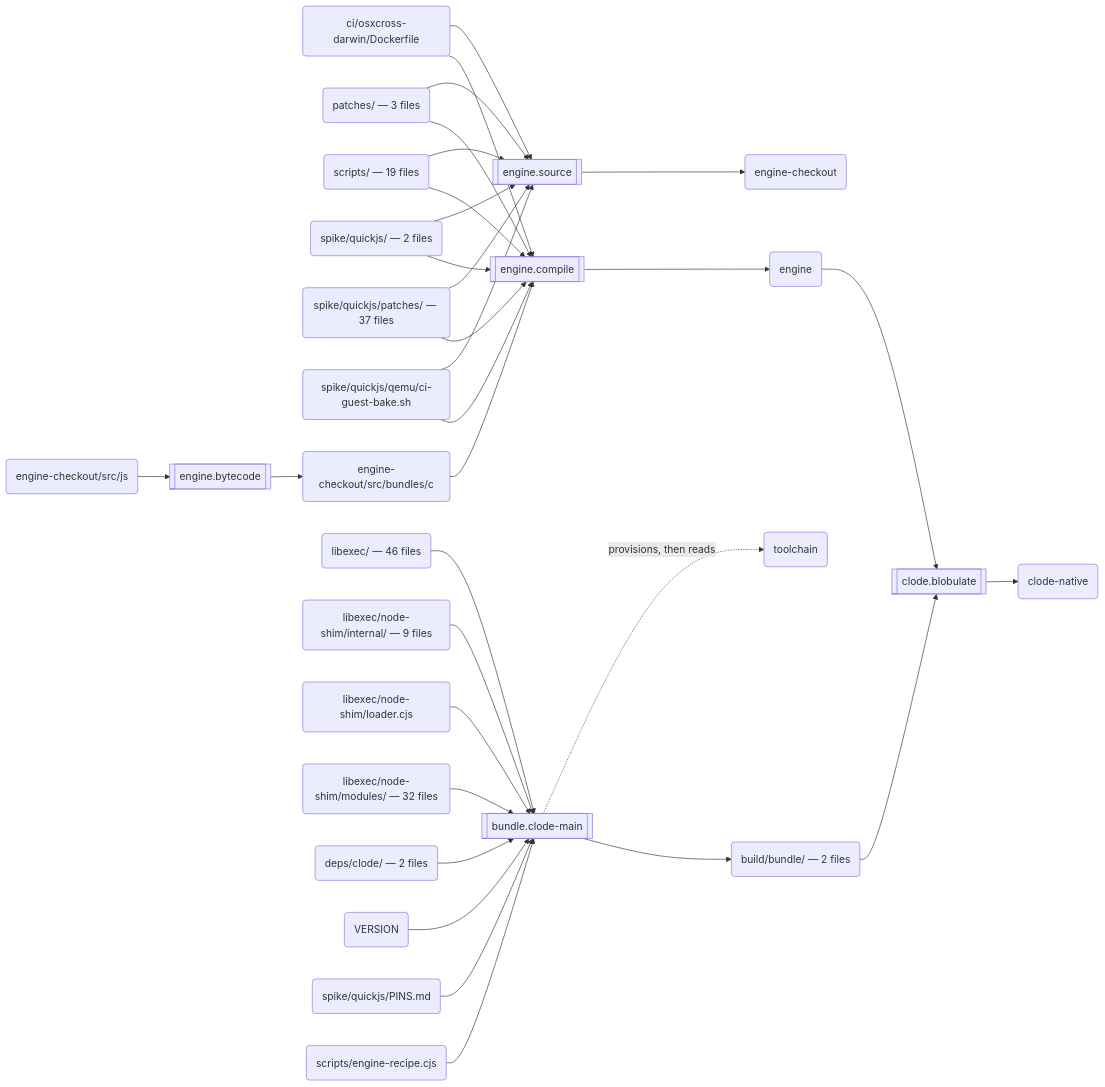
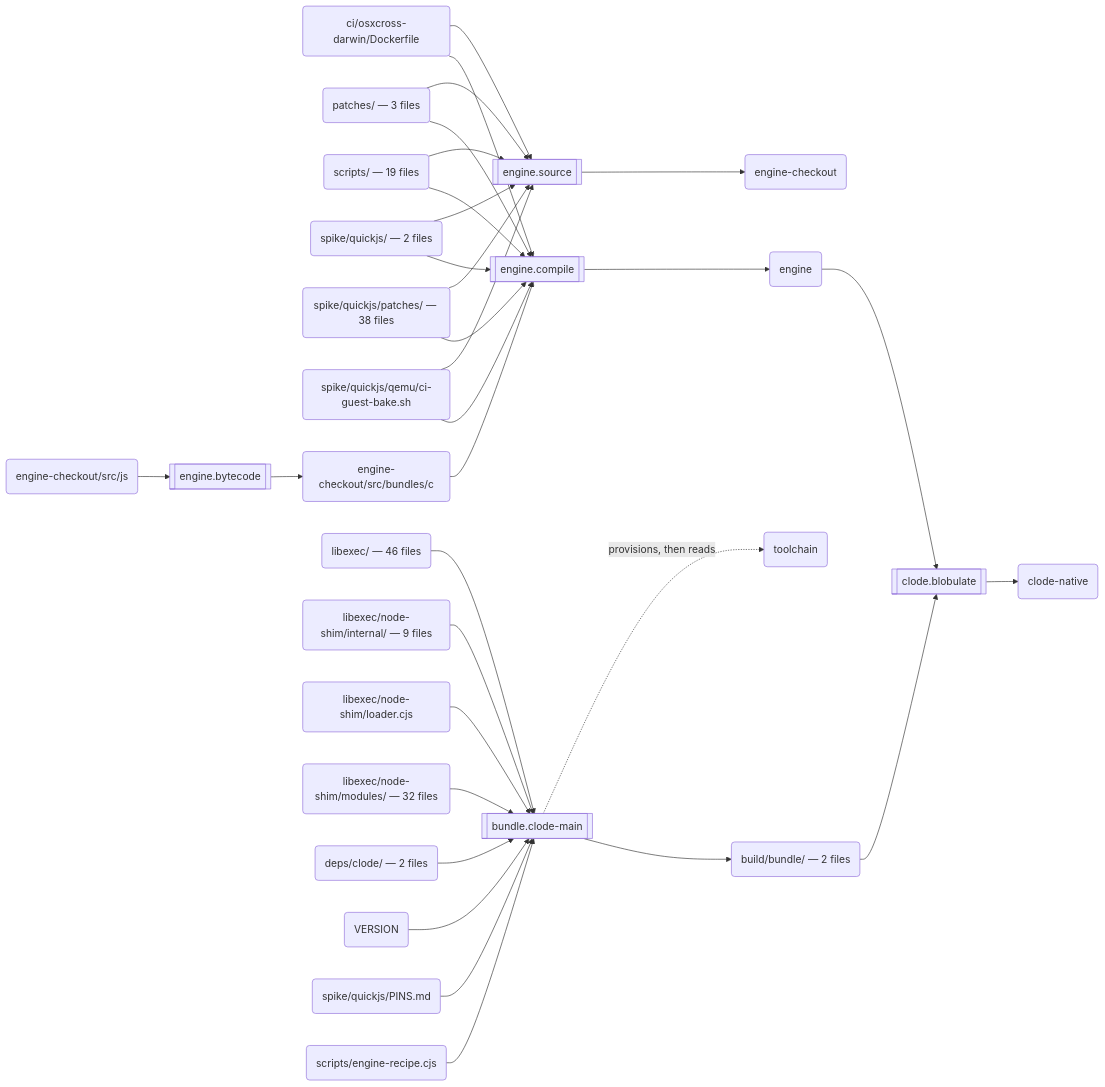
The second of 3 diagrams in docs/build.md (schmonz/clode), drawn with Mermaid before and after one commit. The commit also changed other lines of this file and 6 other files, not shown here.

````diff
--- a/docs/build.md
+++ b/docs/build.md
@@ -123,59 +123,59 @@
 ```mermaid
 flowchart LR
   s0[["engine.source"]]
   a0("ci/osxcross-darwin/Dockerfile")
   a1("patches/ — 3 files")
   a2("scripts/ — 19 files")
   a3("spike/quickjs/ — 2 files")
-  a4("spike/quickjs/patches/ — 37 files")
+  a4("spike/quickjs/patches/ — 38 files")
   a5("spike/quickjs/qemu/ci-guest-bake.sh")
   a6("engine-checkout")
   s1[["engine.bytecode"]]
   a7("engine-checkout/src/js")
   a8("engine-checkout/src/bundles/c")
   s2[["engine.compile"]]
   a9("engine")
   s3[["bundle.clode-main"]]
   a10("libexec/ — 46 files")
   a11("libexec/node-shim/internal/ — 9 files")
   a12("libexec/node-shim/loader.cjs")
   a13("libexec/node-shim/modules/ — 32 files")
   a14("deps/clode/ — 2 files")
   a15("VERSION")
   a16("spike/quickjs/PINS.md")
   a17("scripts/engine-recipe.cjs")
   a18("toolchain")
   a19("build/bundle/ — 2 files")
   s4[["clode.blobulate"]]
   a20("clode-native")
   a0 --> s0
   a1 --> s0
   a2 --> s0
   a3 --> s0
   a4 --> s0
   a5 --> s0
   s0 --> a6
   a7 --> s1
   s1 --> a8
   a8 --> s2
   a0 --> s2
   a1 --> s2
   a2 --> s2
   a3 --> s2
   a4 --> s2
   a5 --> s2
   s2 --> a9
   a10 --> s3
   a11 --> s3
   a12 --> s3
   a13 --> s3
   a14 --> s3
   a15 --> s3
   a16 --> s3
   a17 --> s3
   s3 -.->|"provisions, then reads"| a18
   s3 --> a19
   a9 --> s4
   a19 --> s4
   s4 --> a20
 ```
````
